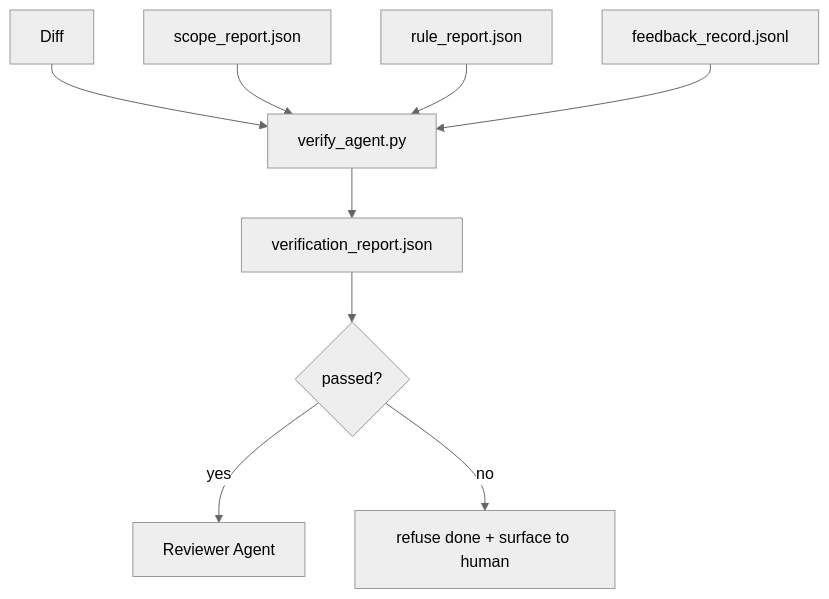
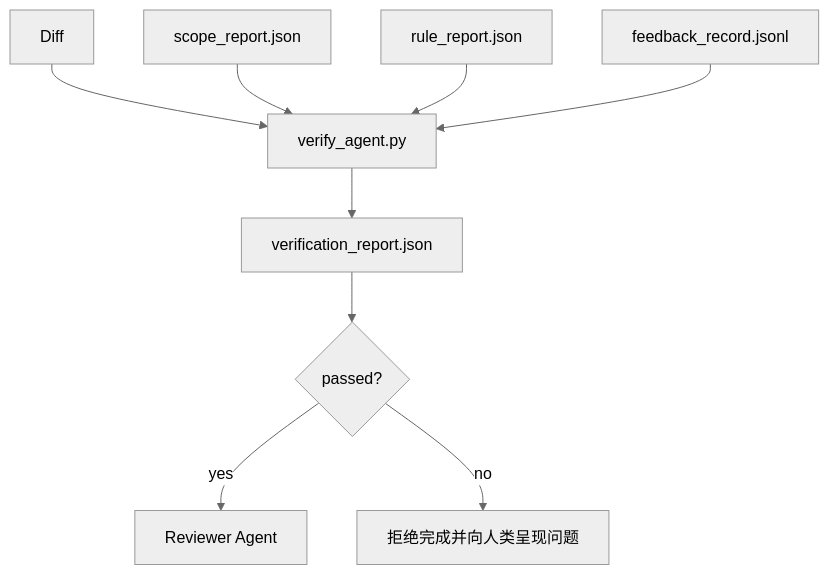
Before and after one commit to cluster1900/ai-engineering-from-scratch-zh: the diagram in phases/14-agent-engineering/38-verification-gates/docs/en.md, drawn with Mermaid (neutral theme). The commit also changed other lines of this file and 2 other files, not shown here.

````diff
--- a/phases/14-agent-engineering/38-verification-gates/docs/en.md
+++ b/phases/14-agent-engineering/38-verification-gates/docs/en.md
@@ -26,11 +29,11 @@
 ```mermaid
 flowchart TD
   Diff[Diff] --> Gate[verify_agent.py]
   Scope[scope_report.json] --> Gate
   Rules[rule_report.json] --> Gate
   Feedback[feedback_record.jsonl] --> Gate
   Gate --> Verdict[verification_report.json]
   Verdict --> Pass{passed?}
   Pass -- yes --> Review[Reviewer Agent]
-  Pass -- no --> Refuse[refuse done + surface to human]
+  Pass -- no --> Refuse[拒绝完成并向人类呈现问题]
 ```
````
